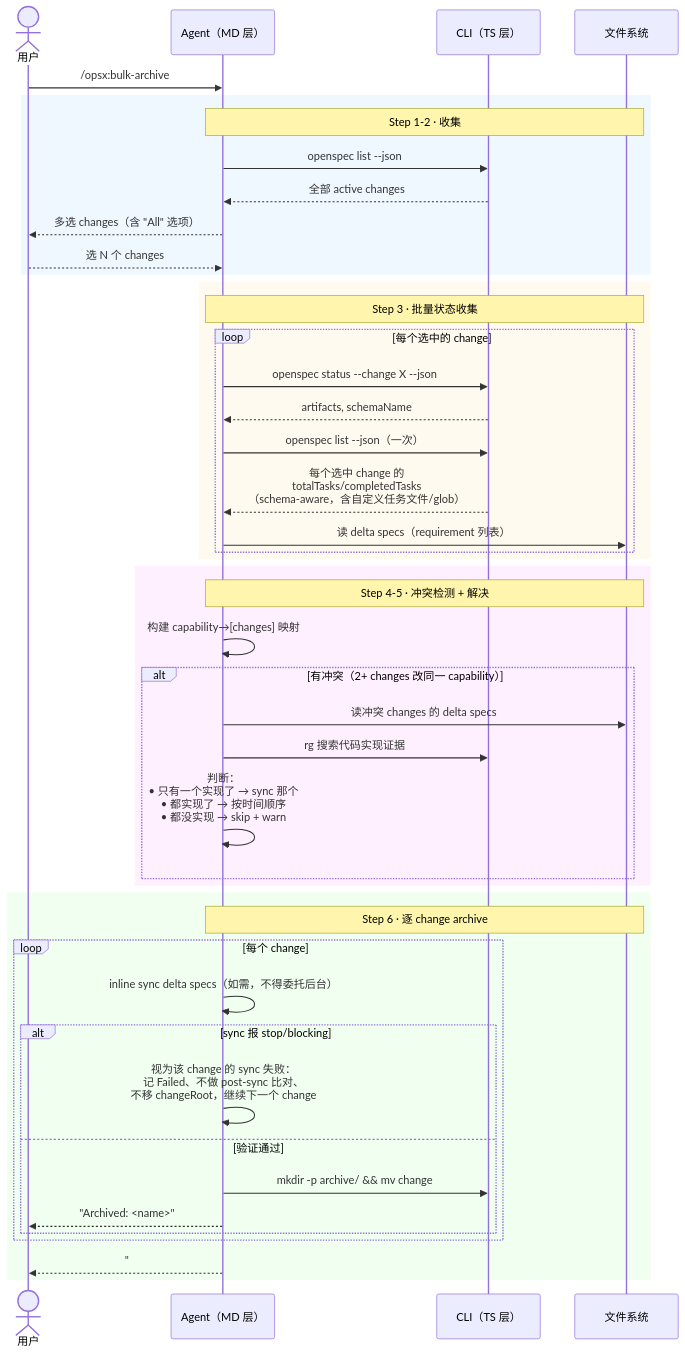
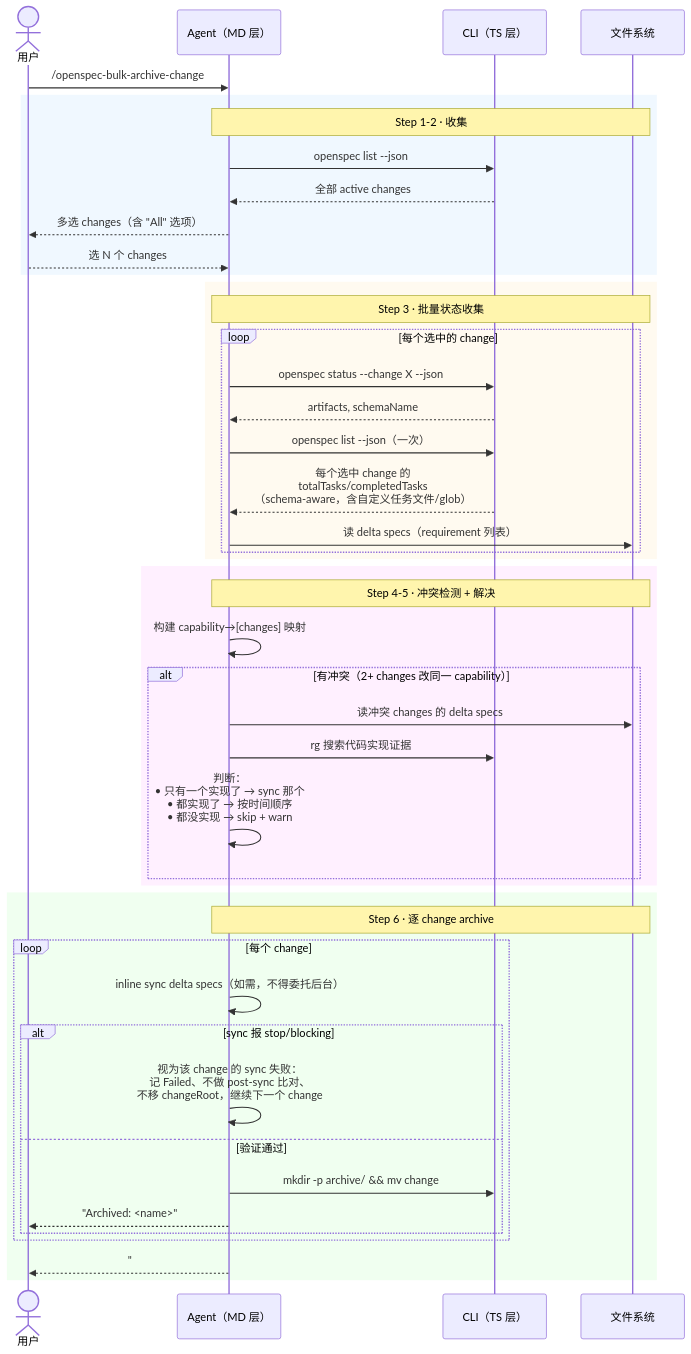
The diagram in _digested/workflows/10-bulk-archive.md (ethan-jiang-3/OpenSpec), drawn with Mermaid before and after one commit. The commit also changed other lines of this file and 63 other files, not shown here.

````diff
--- a/_digested/workflows/10-bulk-archive.md
+++ b/_digested/workflows/10-bulk-archive.md
@@ -44,52 +44,52 @@
 ```mermaid
 sequenceDiagram
     actor User as 用户
     participant MD as Agent（MD 层）
     participant TS as CLI（TS 层）
     participant FS as 文件系统
 
-    User->>MD: /opsx:bulk-archive
+    User->>MD: /openspec-bulk-archive-change
 
     rect rgb(240, 248, 255)
         Note over MD,FS: Step 1-2 · 收集
         MD->>TS: openspec list --json
         TS-->>MD: 全部 active changes
         MD-->>User: 多选 changes（含 "All" 选项）
         User-->>MD: 选 N 个 changes
     end
 
     rect rgb(255, 250, 240)
         Note over MD,FS: Step 3 · 批量状态收集
         loop 每个选中的 change
             MD->>TS: openspec status --change X --json
             TS-->>MD: artifacts, schemaName
             MD->>TS: openspec list --json（一次）
             TS-->>MD: 每个选中 change 的<br/>totalTasks/completedTasks<br/>（schema-aware，含自定义任务文件/glob）
             MD->>FS: 读 delta specs（requirement 列表）
         end
     end
 
     rect rgb(255, 240, 255)
         Note over MD,FS: Step 4-5 · 冲突检测 + 解决
         MD->>MD: 构建 capability→[changes] 映射
         alt 有冲突（2+ changes 改同一 capability）
             MD->>FS: 读冲突 changes 的 delta specs
             MD->>TS: rg 搜索代码实现证据
             MD->>MD: 判断：<br/>• 只有一个实现了 → sync 那个<br/>• 都实现了 → 按时间顺序<br/>• 都没实现 → skip + warn
         end
     end
 
     rect rgb(240, 255, 240)
         Note over MD,FS: Step 6 · 逐 change archive
         loop 每个 change
             MD->>MD: inline sync delta specs（如需，不得委托后台）
             alt sync 报 stop/blocking
                 MD->>MD: 视为该 change 的 sync 失败：<br/>记 Failed、不做 post-sync 比对、<br/>不移 changeRoot，继续下一个 change
             else 验证通过
                 MD->>TS: mkdir -p archive/ && mv change
                 MD-->>User: "Archived: <name>"
             end
         end
         MD-->>User: "## Bulk Archive Complete<br/>N changes archived<br/>Conflicts resolved: M"
     end
 ```
````
